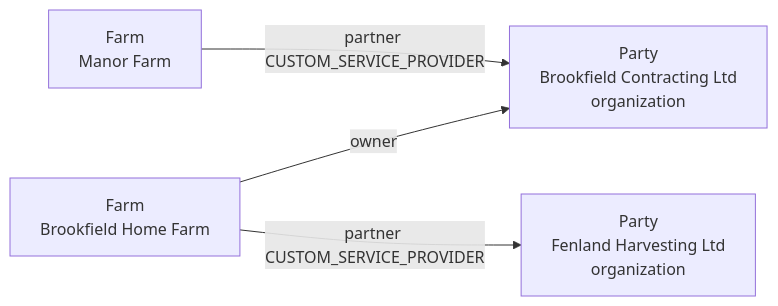
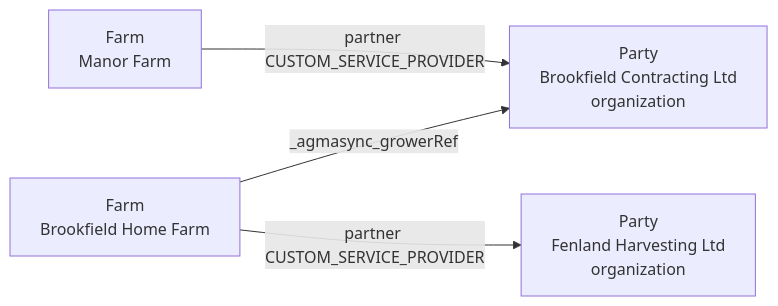
The fifth of 6 diagrams in architecture/08-party-model.md (DKE-Data/masterdata-sync-working-group), drawn with Mermaid before and after one commit. The commit also changed other lines of this file and 11 other files, not shown here.

````diff
--- a/architecture/08-party-model.md
+++ b/architecture/08-party-model.md
@@ -148,6 +146,6 @@
 ```mermaid
 flowchart LR
-    FM["Farm \n Brookfield Home Farm"] -->|"owner"| M["Party \n Brookfield Contracting Ltd \n organization"]
+    FM["Farm \n Brookfield Home Farm"] -->|"_agmasync_growerRef"| M["Party \n Brookfield Contracting Ltd \n organization"]
     FW["Farm \n Manor Farm"] -->|"partner CUSTOM_SERVICE_PROVIDER"| M
     FM -->|"partner CUSTOM_SERVICE_PROVIDER"| S["Party \n Fenland Harvesting Ltd \n organization"]
 ```
````
